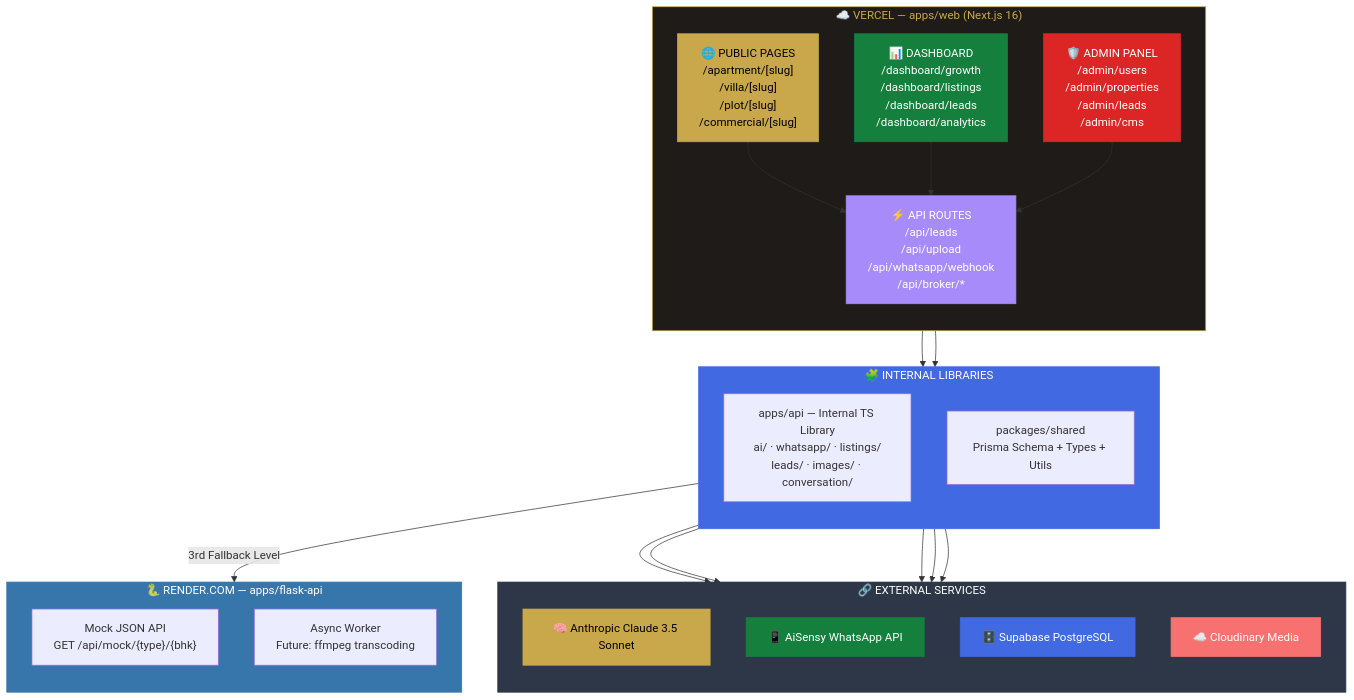
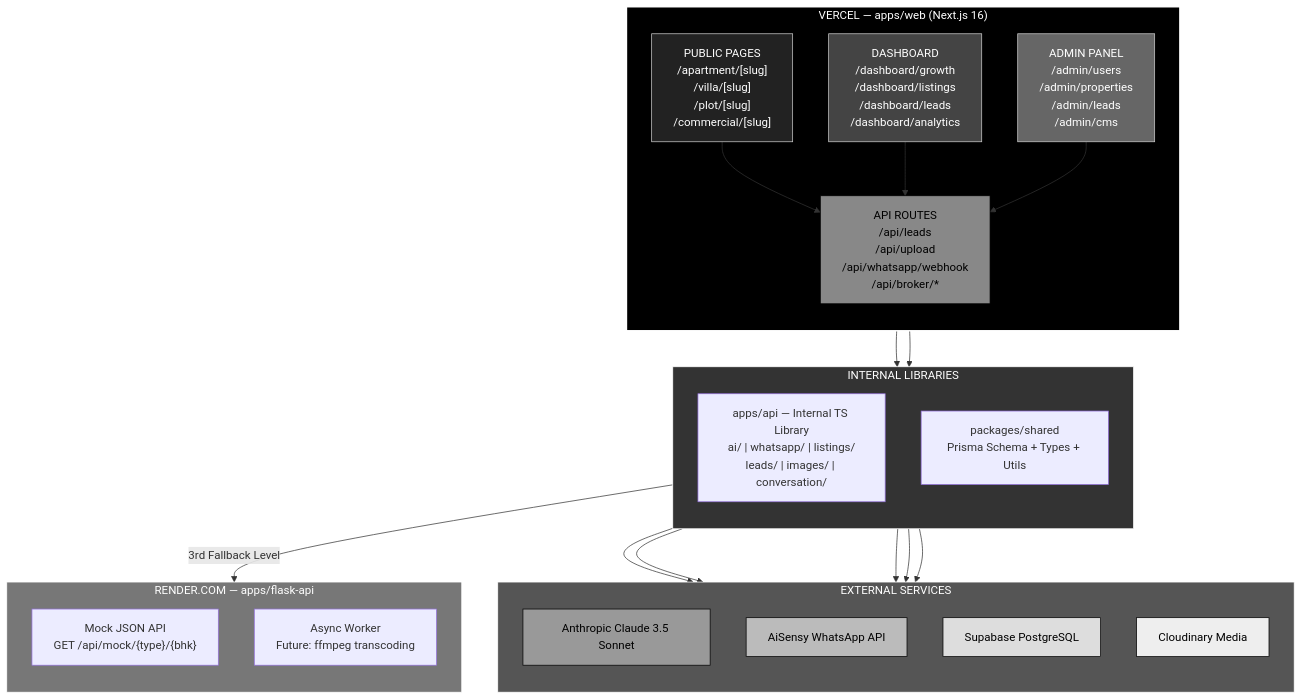
One commit to DeadCoder-N/Soryvanta changed the second of 16 diagrams in README.md. Above: the diagram before and after it, drawn with Mermaid. The commit also changed other lines of this file, not shown here.

````diff
--- a/README.md
+++ b/README.md
@@ -384,59 +384,59 @@
 ```mermaid
 flowchart TB
-    subgraph VERCEL["☁️ VERCEL — apps/web (Next.js 16)"]
+    subgraph VERCEL["VERCEL — apps/web (Next.js 16)"]
         direction TB
-        PUBLIC["🌐 PUBLIC PAGES<br/>/apartment/[slug]<br/>/villa/[slug]<br/>/plot/[slug]<br/>/commercial/[slug]"]
-        DASHBOARD["📊 DASHBOARD<br/>/dashboard/growth<br/>/dashboard/listings<br/>/dashboard/leads<br/>/dashboard/analytics"]
-        ADMIN["🛡️ ADMIN PANEL<br/>/admin/users<br/>/admin/properties<br/>/admin/leads<br/>/admin/cms"]
-        API_ROUTES["⚡ API ROUTES<br/>/api/leads<br/>/api/upload<br/>/api/whatsapp/webhook<br/>/api/broker/*"]
+        PUBLIC["PUBLIC PAGES<br/>/apartment/[slug]<br/>/villa/[slug]<br/>/plot/[slug]<br/>/commercial/[slug]"]
+        DASHBOARD["DASHBOARD<br/>/dashboard/growth<br/>/dashboard/listings<br/>/dashboard/leads<br/>/dashboard/analytics"]
+        ADMIN["ADMIN PANEL<br/>/admin/users<br/>/admin/properties<br/>/admin/leads<br/>/admin/cms"]
+        API_ROUTES["API ROUTES<br/>/api/leads<br/>/api/upload<br/>/api/whatsapp/webhook<br/>/api/broker/*"]
     end
 
-    subgraph INTERNAL["🧩 INTERNAL LIBRARIES"]
+    subgraph INTERNAL["INTERNAL LIBRARIES"]
         direction TB
-        API_TS["apps/api — Internal TS Library<br/>ai/ · whatsapp/ · listings/<br/>leads/ · images/ · conversation/"]
+        API_TS["apps/api — Internal TS Library<br/>ai/ | whatsapp/ | listings/<br/>leads/ | images/ | conversation/"]
         SHARED_PKG["packages/shared<br/>Prisma Schema + Types + Utils"]
     end
 
-    subgraph EXTERNAL["🔗 EXTERNAL SERVICES"]
+    subgraph EXTERNAL["EXTERNAL SERVICES"]
         direction TB
-        ANTHROPIC["🧠 Anthropic Claude 3.5 Sonnet"]
-        AISENSY["📱 AiSensy WhatsApp API"]
-        SUPABASE["🗄️ Supabase PostgreSQL"]
-        CLOUDINARY["☁️ Cloudinary Media"]
+        ANTHROPIC["Anthropic Claude 3.5 Sonnet"]
+        AISENSY["AiSensy WhatsApp API"]
+        SUPABASE["Supabase PostgreSQL"]
+        CLOUDINARY["Cloudinary Media"]
     end
 
-    subgraph RENDER["🐍 RENDER.COM — apps/flask-api"]
+    subgraph RENDER["RENDER.COM — apps/flask-api"]
         direction TB
         MOCK_API["Mock JSON API<br/>GET /api/mock/{type}/{bhk}"]
         ASYNC_WORKER["Async Worker<br/>Future: ffmpeg transcoding"]
     end
 
     PUBLIC --> API_ROUTES
     DASHBOARD --> API_ROUTES
     ADMIN --> API_ROUTES
-    
+
     API_ROUTES --> API_TS
     API_ROUTES --> SHARED_PKG
-    
+
     API_TS --> ANTHROPIC
     API_TS --> AISENSY
     API_TS --> SUPABASE
     API_TS --> CLOUDINARY
-    
+
     API_TS -->|3rd Fallback Level| MOCK_API
-    
+
     SHARED_PKG --> SUPABASE
 
-    style VERCEL fill:#1e1b18,color:#C9A84C,stroke:#C9A84C
-    style PUBLIC fill:#C9A84C,color:#000,stroke:#C9A84C
-    style DASHBOARD fill:#15803D,color:#fff,stroke:#15803D
-    style ADMIN fill:#DC2626,color:#fff,stroke:#DC2626
-    style API_ROUTES fill:#a78bfa,color:#fff,stroke:#a78bfa
-    style INTERNAL fill:#4169E1,color:#fff,stroke:#4169E1
-    style EXTERNAL fill:#2D3748,color:#fff,stroke:#2D3748
-    style RENDER fill:#3776AB,color:#fff,stroke:#3776AB
-    style ANTHROPIC fill:#C9A84C,color:#000,stroke:#C9A84C
-    style AISENSY fill:#15803D,color:#fff,stroke:#15803D
-    style SUPABASE fill:#4169E1,color:#fff,stroke:#4169E1
-    style CLOUDINARY fill:#f87171,color:#fff,stroke:#f87171
+    style VERCEL fill:#000,color:#fff,stroke:#fff,stroke-width:2px
+    style PUBLIC fill:#222,color:#fff,stroke:#ccc
+    style DASHBOARD fill:#444,color:#fff,stroke:#ccc
+    style ADMIN fill:#666,color:#fff,stroke:#ccc
+    style API_ROUTES fill:#888,color:#000,stroke:#000
+    style INTERNAL fill:#333,color:#fff,stroke:#fff
+    style EXTERNAL fill:#555,color:#fff,stroke:#fff
+    style RENDER fill:#777,color:#fff,stroke:#fff
+    style ANTHROPIC fill:#999,color:#000,stroke:#000
+    style AISENSY fill:#bbb,color:#000,stroke:#000
+    style SUPABASE fill:#ddd,color:#000,stroke:#000
+    style CLOUDINARY fill:#eee,color:#000,stroke:#000
 ```
````
